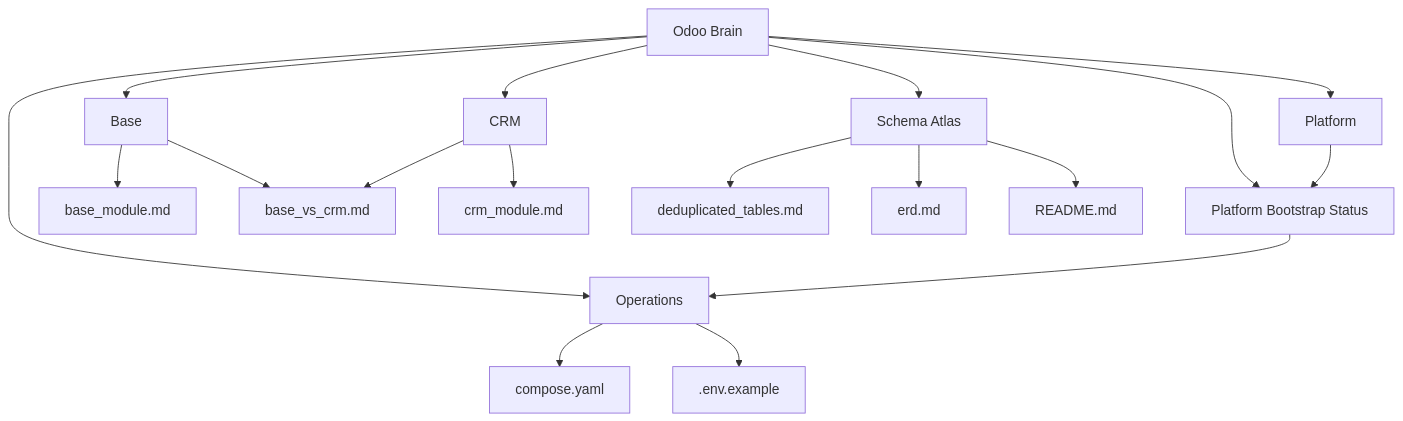
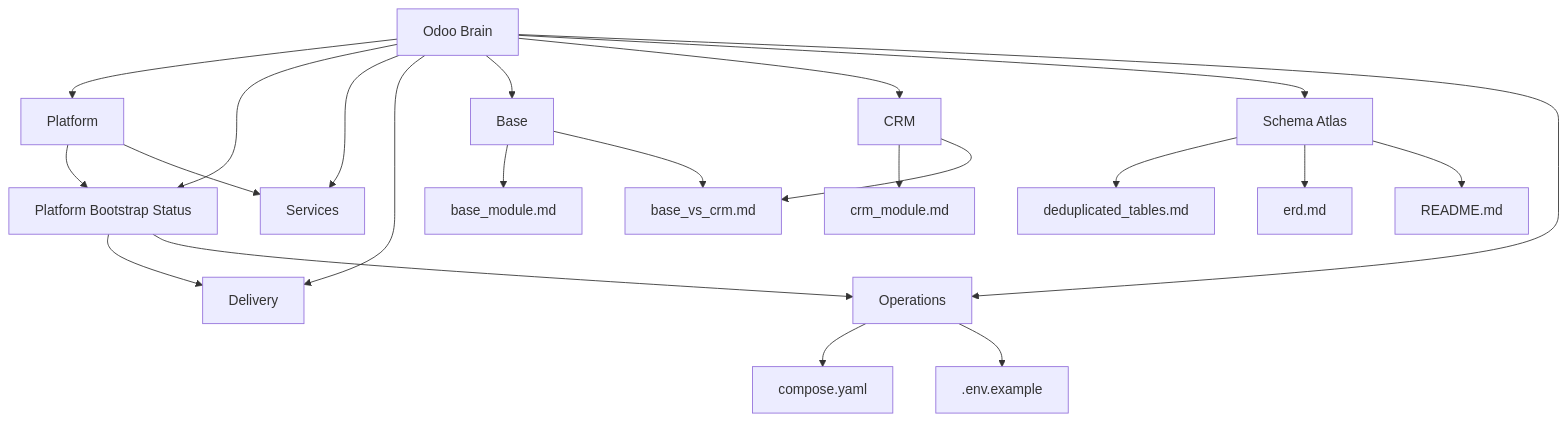
The diagram in docs/00_Odoo_Brain.md (Jairogelpi/odoo19_sh_imitation), drawn with Mermaid before and after one commit. The commit also changed other lines of this file and 11 other files, not shown here.

````diff
--- a/docs/00_Odoo_Brain.md
+++ b/docs/00_Odoo_Brain.md
@@ -14,20 +16,24 @@
 ```mermaid
 graph TD
   Home[Odoo Brain] --> Platform[Platform]
   Home --> Bootstrap[Platform Bootstrap Status]
+  Home --> Services[Services]
+  Home --> Delivery[Delivery]
   Home --> Base[Base]
   Home --> CRM[CRM]
   Home --> Schema[Schema Atlas]
   Home --> Ops[Operations]
   Platform --> Bootstrap
+  Platform --> Services
+  Bootstrap --> Delivery
   Bootstrap --> Ops
   Base --> BaseDoc[base_module.md]
   Base --> Compare[base_vs_crm.md]
   CRM --> CRMDoc[crm_module.md]
   CRM --> Compare
   Schema --> Catalog[deduplicated_tables.md]
   Schema --> ERD[erd.md]
   Schema --> Readme[README.md]
   Ops --> Compose[compose.yaml]
   Ops --> Env[.env.example]
 ```
````
